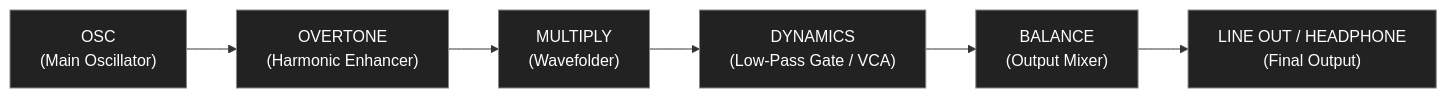
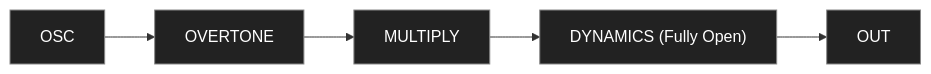
The fourth of 15 diagrams in Sound Design/references/synths/Make-Noise-0-Coast-Complete Reference.md (frbelli/ClaudeSkills), drawn with Mermaid before and after one commit. The commit also changed other lines of this file, not shown here.

````diff
--- a/Sound Design/references/synths/Make-Noise-0-Coast-Complete Reference.md
+++ b/Sound Design/references/synths/Make-Noise-0-Coast-Complete Reference.md
@@ -102,12 +210,12 @@
 ```mermaid
 graph LR
-    A["OSC<br>(Main Oscillator)"] --> B["OVERTONE<br>(Harmonic Enhancer)"]
-    B --> C["MULTIPLY<br>(Wavefolder)"]
-    C --> D["DYNAMICS<br>(Low-Pass Gate / VCA)"]
-    D --> E["BALANCE<br>(Output Mixer)"]
-    E --> F["LINE OUT / HEADPHONE<br>(Final Output)"]
+    %% Audio Path (Drone Mode)
+    OSC["OSC"] --> OVT["OVERTONE"]
+    OVT --> MULT["MULTIPLY"]
+    MULT --> DYN["DYNAMICS (Fully Open)"]
+    DYN --> OUT["OUT"]
 
-    %% Styling
+    %% Style Definitions
     classDef audio fill:#222,stroke:#888,color:#fff,stroke-width:1px;
-    class A,B,C,D,E,F audio;
+    class OSC,OVT,MULT,DYN,OUT audio;
 ```
````
